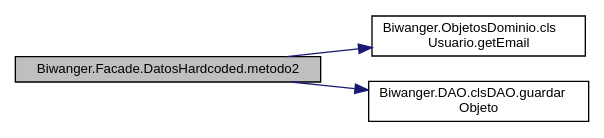
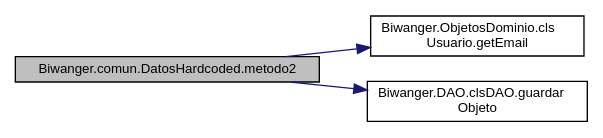
The diagram in docs/class_biwanger_1_1_facade_1_1_datos_hardcoded_ade0ae0e3bff9998be4a0c0f7f2effd45_cgraph.dot (nagorecb/BiwangerServidor), drawn with Graphviz before and after one commit. The commit also changed 162 other files, not shown here.

```diff
--- a/docs/class_biwanger_1_1_facade_1_1_datos_hardcoded_ade0ae0e3bff9998be4a0c0f7f2effd45_cgraph.dot
+++ b/docs/class_biwanger_1_1_facade_1_1_datos_hardcoded_ade0ae0e3bff9998be4a0c0f7f2effd45_cgraph.dot
@@ -1,12 +1,12 @@
-digraph "Biwanger.Facade.DatosHardcoded.metodo2"
+digraph "Biwanger.comun.DatosHardcoded.metodo2"
 {
  // LATEX_PDF_SIZE
   edge [fontname="Helvetica",fontsize="10",labelfontname="Helvetica",labelfontsize="10"];
   node [fontname="Helvetica",fontsize="10",shape=record];
   rankdir="LR";
-  Node1 [label="Biwanger.Facade.DatosHardcoded.metodo2",height=0.2,width=0.4,color="black", fillcolor="grey75", style="filled", fontcolor="black",tooltip=" "];
+  Node1 [label="Biwanger.comun.DatosHardcoded.metodo2",height=0.2,width=0.4,color="black", fillcolor="grey75", style="filled", fontcolor="black",tooltip=" "];
   Node1 -> Node2 [color="midnightblue",fontsize="10",style="solid",fontname="Helvetica"];
   Node2 [label="Biwanger.ObjetosDominio.cls\lUsuario.getEmail",height=0.2,width=0.4,color="black", fillcolor="white", style="filled",URL="$class_biwanger_1_1_objetos_dominio_1_1cls_usuario.html#a8137c479da09fd405d6986fb0dcad337",tooltip=" "];
   Node1 -> Node3 [color="midnightblue",fontsize="10",style="solid",fontname="Helvetica"];
   Node3 [label="Biwanger.DAO.clsDAO.guardar\lObjeto",height=0.2,width=0.4,color="black", fillcolor="white", style="filled",URL="$class_biwanger_1_1_d_a_o_1_1cls_d_a_o.html#ad5b516889068247c5e4f9ff890c295cc",tooltip=" "];
 }
```
